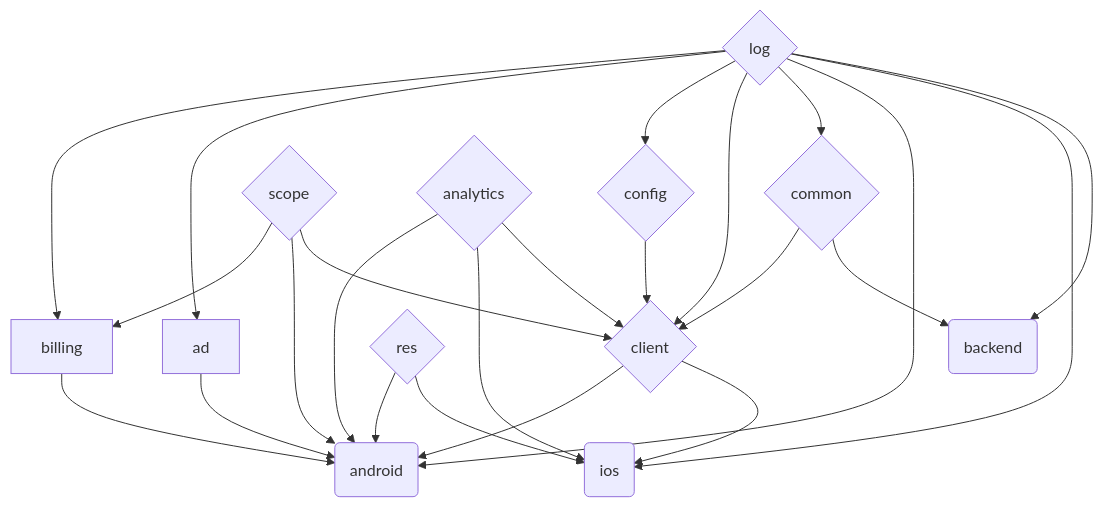
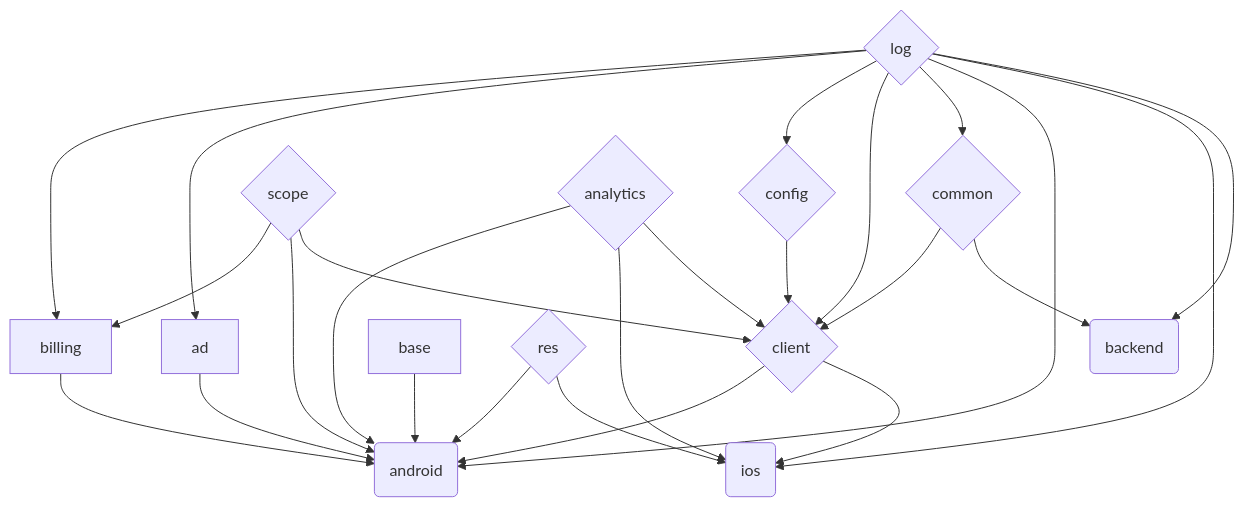
Before and after one commit to Oztechan/CCC: the first of 3 diagrams in README.md, drawn with Mermaid. The commit also changed 6 other files, not shown here.

````diff
--- a/README.md
+++ b/README.md
@@ -28,39 +28,41 @@
 ```mermaid
 graph TD;
 
 log{log} --> billing
 log --> ad
 log --> config
 log --> client
 log --> common
 log --> android
 log --> ios
 log --> backend
 
 scope{scope} --> billing
 scope --> android
 scope --> client
+
+base --> android
 
 billing-->android
 
 ad-->android
 
 config{config}-->client
 
 analytics{analytics} --> android
 analytics --> ios
 analytics-->client
 
 res{res}-->android
 res-->ios
 
 client{client}-->android
 client-->ios
 
 common{common}-->client
 common-->backend
 
 android(android)
 ios(ios)
 backend(backend)
 ```
````
